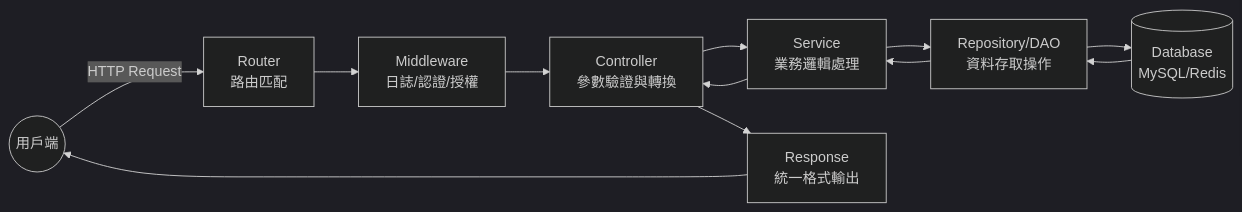
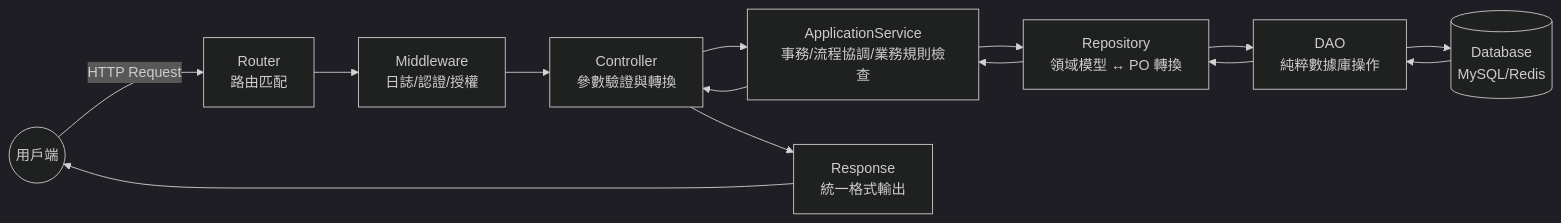
The first of 4 diagrams in README.md (ericsiang/go-gin-arch), drawn with Mermaid (dark theme) before and after one commit. The commit also changed other lines of this file and 5 other files, not shown here.

````diff
--- a/README.md
+++ b/README.md
@@ -173,21 +213,24 @@
 ``` mermaid
 graph LR
     Client((用戶端)) -->|HTTP Request| Router["Router<br/>路由匹配"]
     
     Router --> Middleware["Middleware<br/>日誌/認證/授權"]
     
     Middleware --> Controller["Controller<br/>參數驗證與轉換"]
     
-    Controller --> Service["Service<br/>業務邏輯處理"]
+    Controller --> Service["ApplicationService<br/>事務/流程協調/業務規則檢查"]
     
-    Service --> Repository["Repository/DAO<br/>資料存取操作"]
+    Service --> Repository["Repository<br/>領域模型 ↔ PO 轉換"]
     
-    Repository --> Database[("Database<br/>MySQL/Redis")]
+    Repository --> DAO["DAO<br/>純粹數據庫操作"]
     
-    Database --> Repository
+    DAO --> Database[("Database<br/>MySQL/Redis")]
+    
+    Database --> DAO
+    DAO --> Repository
     Repository --> Service
     Service --> Controller
     Controller --> Response["Response<br/>統一格式輸出"]
     Response --> Client
     
 ```
````
